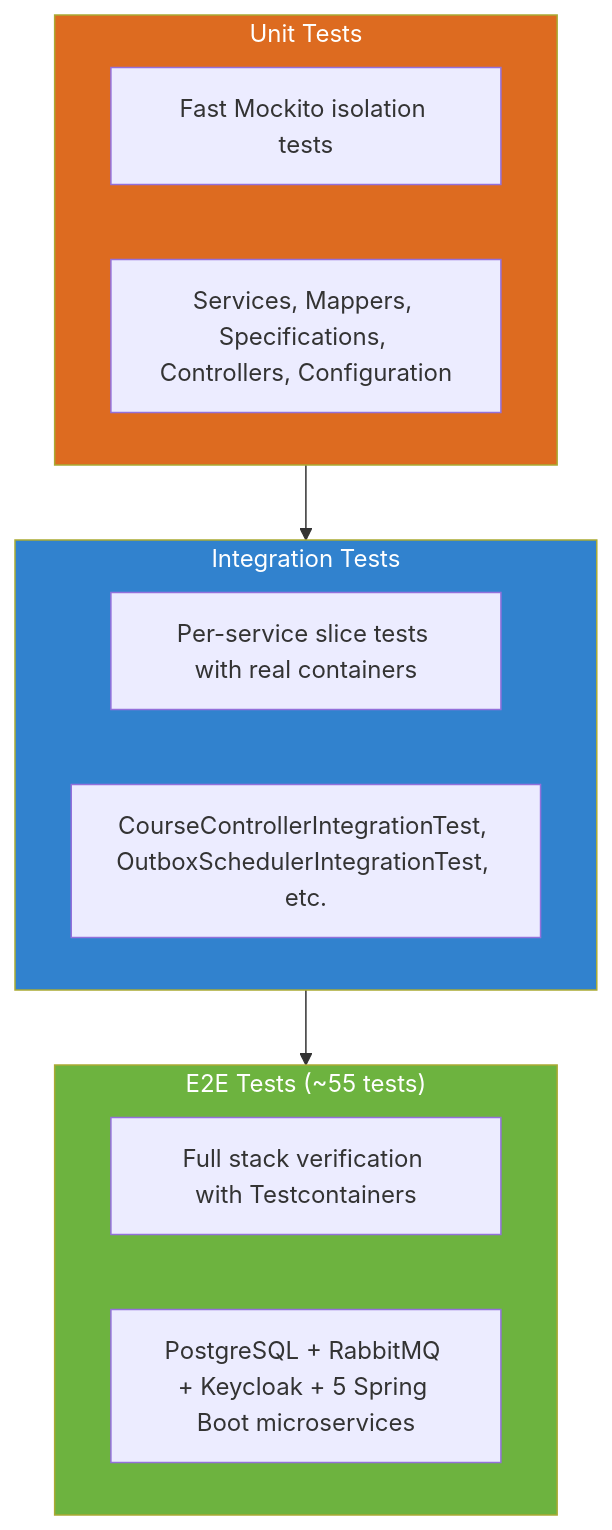
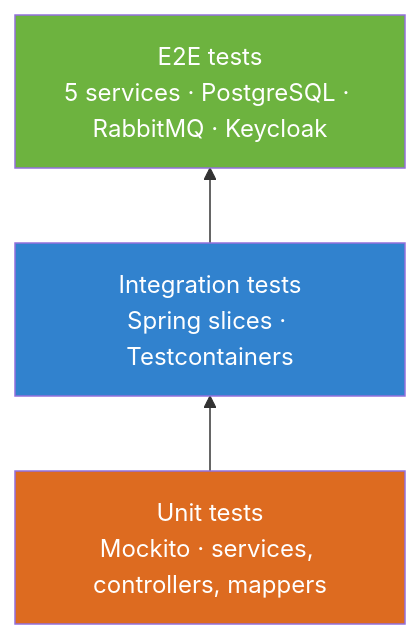
The seventh of 7 diagrams in README.md (sergio11/training_platform_poc_spring_microservices), drawn with Mermaid before and after one commit. The commit also changed other lines of this file and 1 other file, not shown here.

````diff
--- a/README.md
+++ b/README.md
@@ -489,23 +475,11 @@
 ```mermaid
-flowchart TB
-    subgraph E2E ["E2E Tests (~55 tests)"]
-        E1["Full stack verification with Testcontainers"]
-        E2["PostgreSQL + RabbitMQ + Keycloak + 5 Spring Boot microservices"]
-    end
-
-    subgraph Integration ["Integration Tests"]
-        I1["Per-service slice tests with real containers"]
-        I2["CourseControllerIntegrationTest, OutboxSchedulerIntegrationTest, etc."]
-    end
-
-    subgraph Unit ["Unit Tests"]
-        U1["Fast Mockito isolation tests"]
-        U2["Services, Mappers, Specifications, Controllers, Configuration"]
-    end
-
+flowchart BT
+    Unit["Unit tests<br/>Mockito · services, controllers, mappers"]
+    Integration["Integration tests<br/>Spring slices · Testcontainers"]
+    E2E["E2E tests<br/>5 services · PostgreSQL · RabbitMQ · Keycloak"]
     Unit --> Integration --> E2E
 
+    style Unit fill:#dd6b20,color:#fff
+    style Integration fill:#3182ce,color:#fff
     style E2E fill:#6DB33F,color:#fff
-    style Integration fill:#3182ce,color:#fff
-    style Unit fill:#dd6b20,color:#fff
 ```
````
